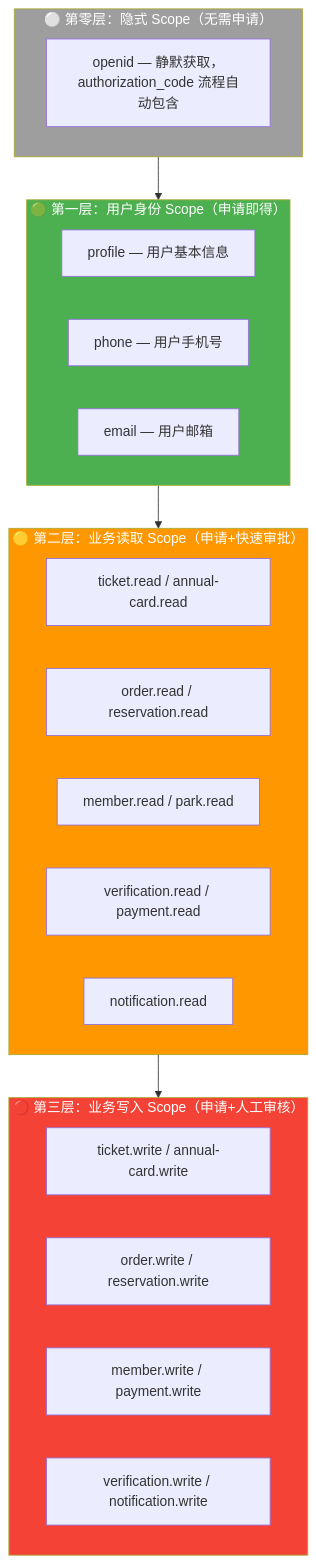
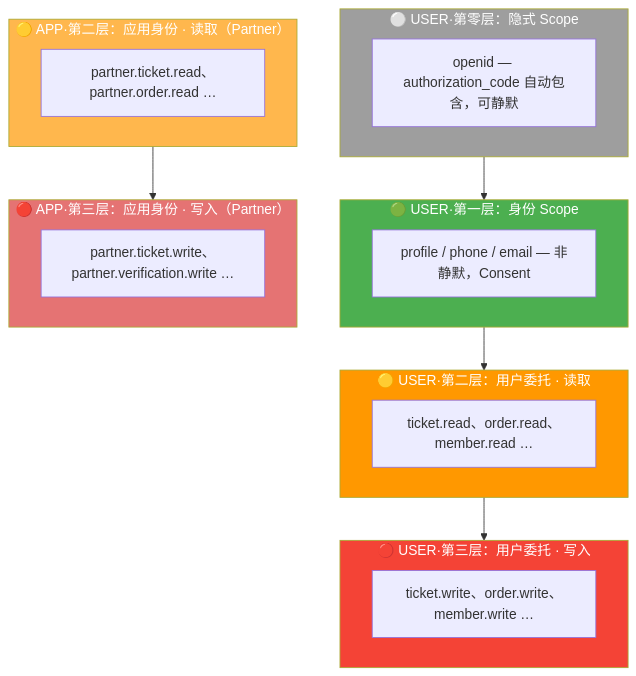
The second of 10 diagrams in samples/scope-plan.md (codingoer/spring-authorization-server), drawn with Mermaid before and after one commit. The commit also changed other lines of this file and 1 other file, not shown here.

Commit message:
scope plan

````diff
--- a/samples/scope-plan.md
+++ b/samples/scope-plan.md
@@ -206,36 +265,36 @@
 ```mermaid
 flowchart TB
-    subgraph L0["⚪ 第零层：隐式 Scope（无需申请）"]
-        L0A["openid — 静默获取，authorization_code 流程自动包含"]
+    subgraph U0["⚪ USER·第零层：隐式 Scope"]
+        U0A["openid — authorization_code 自动包含，可静默"]
     end
 
-    subgraph L1["🟢 第一层：用户身份 Scope（申请即得）"]
-        L1A["profile — 用户基本信息"]
-        L1B["phone — 用户手机号"]
-        L1C["email — 用户邮箱"]
+    subgraph U1["🟢 USER·第一层：身份 Scope"]
+        U1A["profile / phone / email — 非静默，Consent"]
     end
 
-    subgraph L2["🟡 第二层：业务读取 Scope（申请+快速审批）"]
-        L2A["ticket.read / annual-card.read"]
-        L2B["order.read / reservation.read"]
-        L2C["member.read / park.read"]
-        L2D["verification.read / payment.read"]
-        L2E["notification.read"]
+    subgraph U2["🟡 USER·第二层：用户委托 · 读取"]
+        U2A["ticket.read、order.read、member.read …"]
     end
 
-    subgraph L3["🔴 第三层：业务写入 Scope（申请+人工审核）"]
-        L3A["ticket.write / annual-card.write"]
-        L3B["order.write / reservation.write"]
-        L3C["member.write / payment.write"]
-        L3D["verification.write / notification.write"]
+    subgraph U3["🔴 USER·第三层：用户委托 · 写入"]
+        U3A["ticket.write、order.write、member.write …"]
     end
 
-    L0 --> L1
-    L1 --> L2
-    L2 --> L3
+    subgraph A2["🟡 APP·第二层：应用身份 · 读取（Partner）"]
+        A2A["partner.ticket.read、partner.order.read …"]
+    end
 
-    style L0 fill:#9E9E9E,color:#fff
-    style L1 fill:#4CAF50,color:#fff
-    style L2 fill:#FF9800,color:#fff
-    style L3 fill:#F44336,color:#fff
+    subgraph A3["🔴 APP·第三层：应用身份 · 写入（Partner）"]
+        A3A["partner.ticket.write、partner.verification.write …"]
+    end
+
+    U0 --> U1 --> U2 --> U3
+    A2 --> A3
+
+    style U0 fill:#9E9E9E,color:#fff
+    style U1 fill:#4CAF50,color:#fff
+    style U2 fill:#FF9800,color:#fff
+    style U3 fill:#F44336,color:#fff
+    style A2 fill:#FFB74D,color:#fff
+    style A3 fill:#E57373,color:#fff
 ```
````
